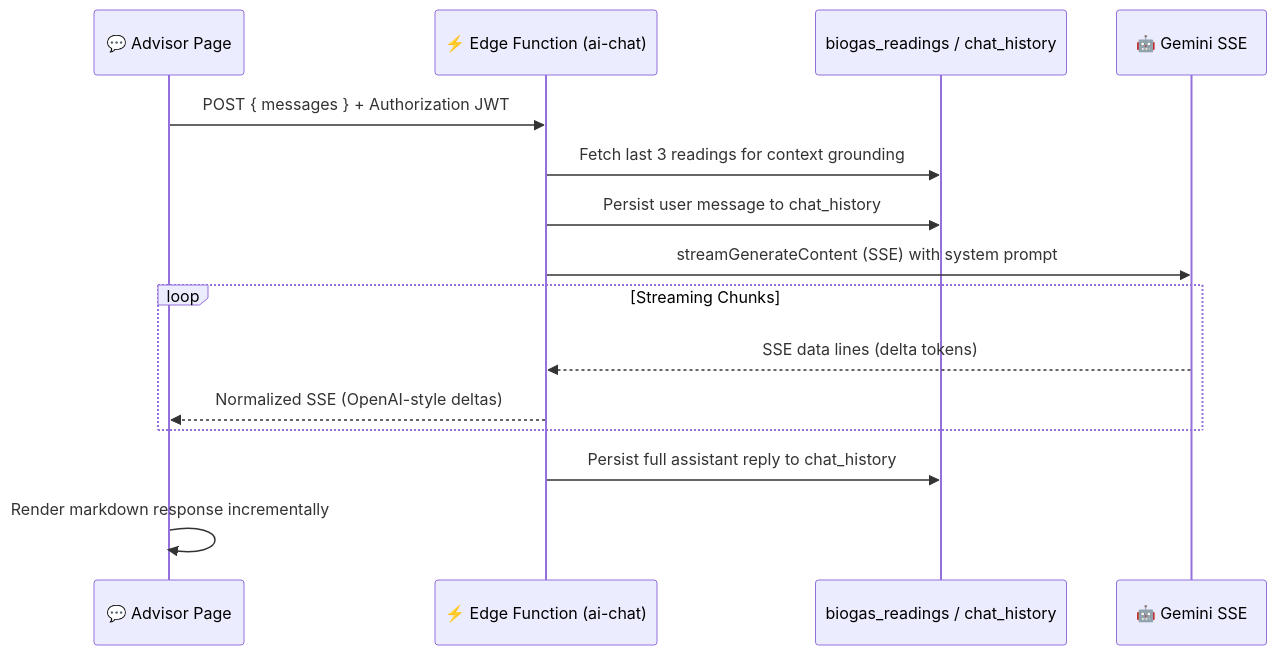
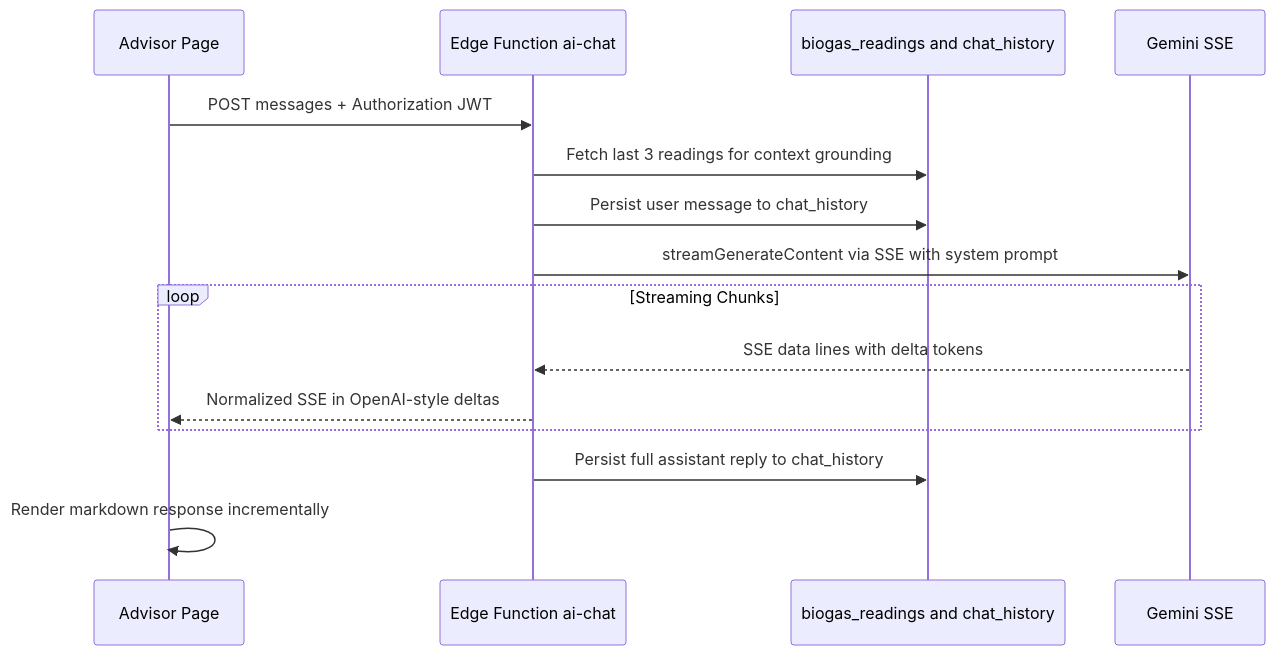
Before and after one commit to Alokkumar2228/BioUrja: the third of 5 diagrams in README.md, drawn with Mermaid. The commit also changed other lines of this file, not shown here.

````diff
--- a/README.md
+++ b/README.md
@@ -216,18 +229,18 @@
 ```mermaid
 sequenceDiagram
-  participant UI as 💬 Advisor Page
-  participant Fn as ⚡ Edge Function (ai-chat)
-  participant DB as biogas_readings / chat_history
-  participant G as 🤖 Gemini SSE
+  participant UI as Advisor Page
+  participant Fn as Edge Function ai-chat
+  participant DB as biogas_readings and chat_history
+  participant G as Gemini SSE
 
-  UI->>Fn: POST { messages } + Authorization JWT
+  UI->>Fn: POST messages + Authorization JWT
   Fn->>DB: Fetch last 3 readings for context grounding
   Fn->>DB: Persist user message to chat_history
-  Fn->>G: streamGenerateContent (SSE) with system prompt
+  Fn->>G: streamGenerateContent via SSE with system prompt
   loop Streaming Chunks
-    G-->>Fn: SSE data lines (delta tokens)
-    Fn-->>UI: Normalized SSE (OpenAI-style deltas)
+    G-->>Fn: SSE data lines with delta tokens
+    Fn-->>UI: Normalized SSE in OpenAI-style deltas
   end
   Fn->>DB: Persist full assistant reply to chat_history
   UI->>UI: Render markdown response incrementally
 ```
````
